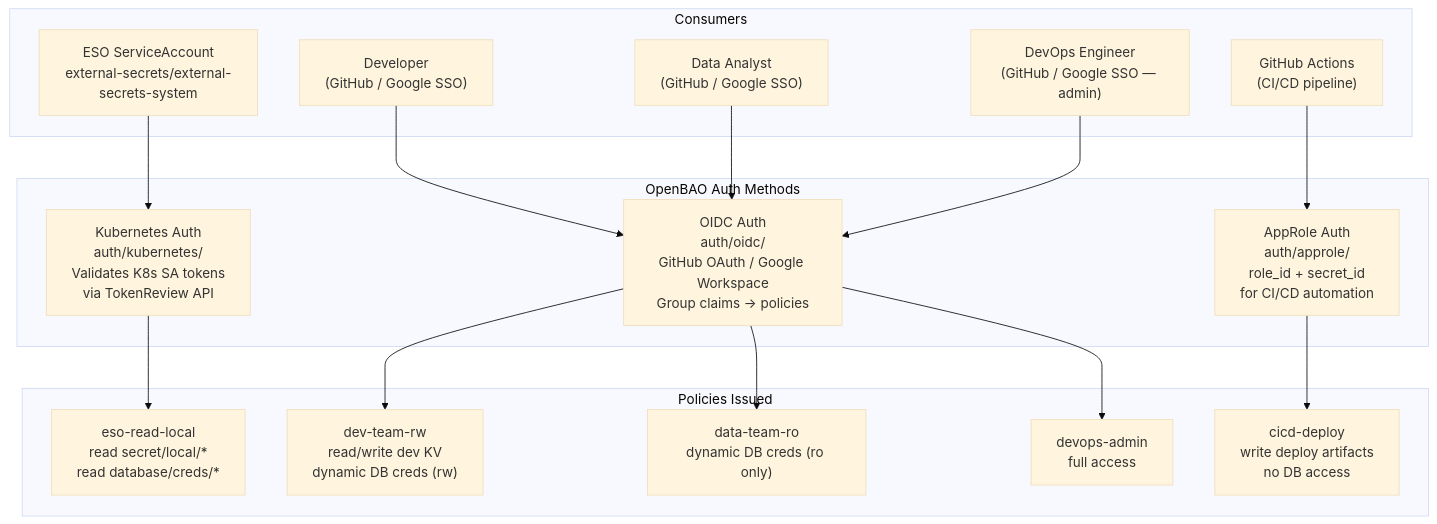
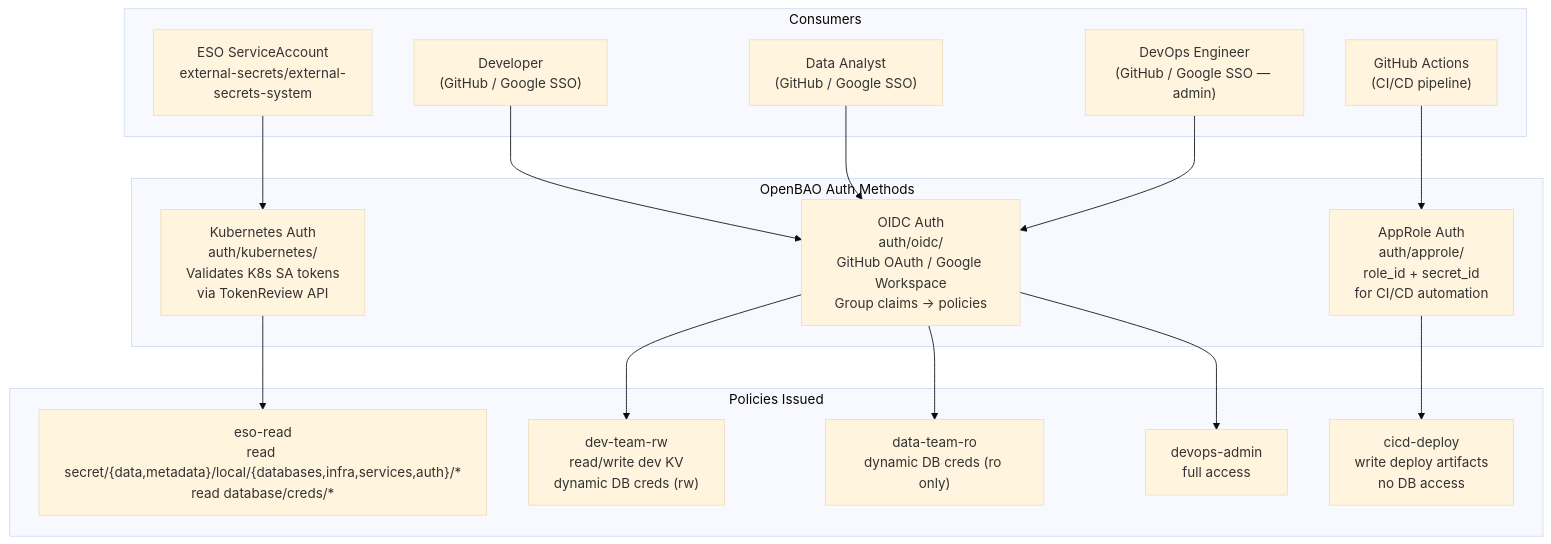
The fourth of 18 diagrams in docs/secrets/README.md (duynhlab/homelab), drawn with Mermaid (base theme) before and after one commit. The commit also changed other lines of this file and 16 other files, not shown here.

````diff
--- a/docs/secrets/README.md
+++ b/docs/secrets/README.md
@@ -250,30 +250,30 @@
 ```mermaid
 flowchart TD
     subgraph consumers["Consumers"]
         eso_sa["ESO ServiceAccount\nexternal-secrets/external-secrets-system"]
         dev["Developer\n(GitHub / Google SSO)"]
         data["Data Analyst\n(GitHub / Google SSO)"]
         devops["DevOps Engineer\n(GitHub / Google SSO — admin)"]
         gha["GitHub Actions\n(CI/CD pipeline)"]
     end
 
     subgraph authmethods["OpenBAO Auth Methods"]
         k8sauth["Kubernetes Auth\nauth/kubernetes/\nValidates K8s SA tokens\nvia TokenReview API"]
         oidcauth["OIDC Auth\nauth/oidc/\nGitHub OAuth / Google Workspace\nGroup claims → policies"]
         approlauth["AppRole Auth\nauth/approle/\nrole_id + secret_id\nfor CI/CD automation"]
     end
 
     subgraph policies["Policies Issued"]
-        p_eso["eso-read-local\nread secret/local/*\nread database/creds/*"]
+        p_eso["eso-read\nread secret/{data,metadata}/local/{databases,infra,services,auth}/*\nread database/creds/*"]
         p_dev_rw["dev-team-rw\nread/write dev KV\ndynamic DB creds (rw)"]
         p_data_ro["data-team-ro\ndynamic DB creds (ro only)"]
         p_admin["devops-admin\nfull access"]
         p_cicd["cicd-deploy\nwrite deploy artifacts\nno DB access"]
     end
 
     eso_sa --> k8sauth --> p_eso
     dev --> oidcauth --> p_dev_rw
     data --> oidcauth --> p_data_ro
     devops --> oidcauth --> p_admin
     gha --> approlauth --> p_cicd
 ```
````
